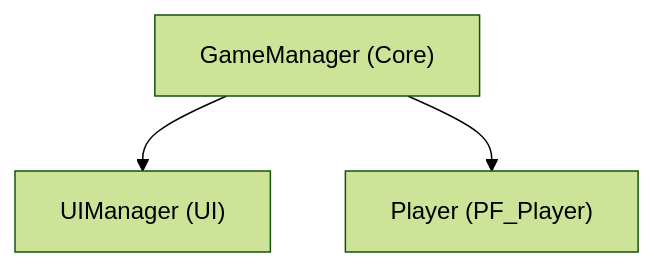
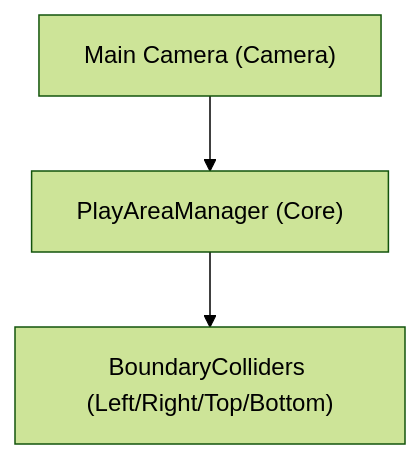
One commit to baewhv/Test_MCPv2 changed the diagram in docs/ARCHITECTURE.md. Above: the diagram before and after it, drawn with Mermaid (forest theme). The commit also changed other lines of this file and 9 other files, not shown here.

Commit message:
[feat] : 3:4 뷰포트 및 플레이 영역 경계 PlayAreaManager 구현 #Task1-1

````diff
--- a/docs/ARCHITECTURE.md
+++ b/docs/ARCHITECTURE.md
@@ -43,10 +43,9 @@
 ```mermaid
 graph TD
-    %% 신규 기능 및 객체 추가 시 다이어그램 갱신
-    GameManager["GameManager (Core)"]
-    UIManager["UIManager (UI)"]
-    Player["Player (PF_Player)"]
+    MainCamera["Main Camera (Camera)"]
+    PlayAreaManager["PlayAreaManager (Core)"]
+    Boundaries["BoundaryColliders (Left/Right/Top/Bottom)"]
     
-    GameManager --> UIManager
-    GameManager --> Player
+    MainCamera --> PlayAreaManager
+    PlayAreaManager --> Boundaries
 ```
````
